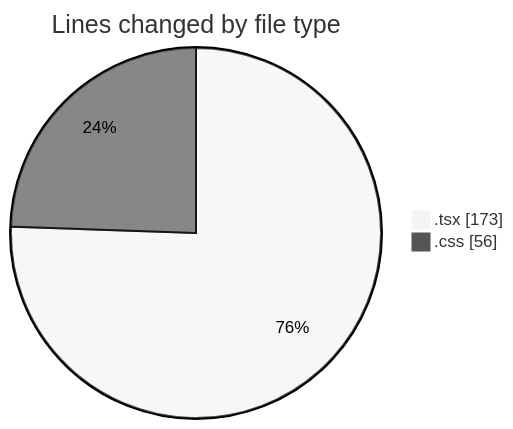
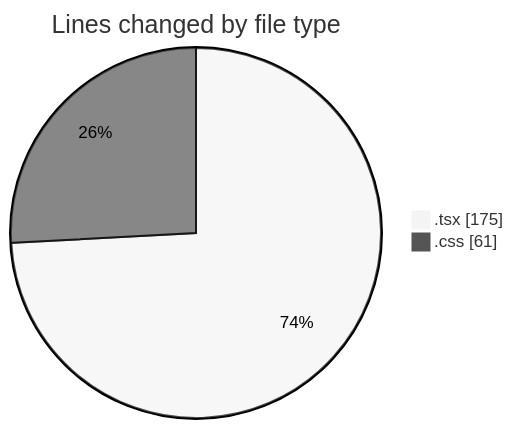
One commit to EIIisD/code-tracking changed the first of 2 diagrams in 2025-08-04/tw-server/README.md. Above: the diagram before and after it, drawn with Mermaid (neutral theme). The commit also changed other lines of this file and 1 other file, not shown here.

````diff
--- a/2025-08-04/tw-server/README.md
+++ b/2025-08-04/tw-server/README.md
@@ -22,6 +22,6 @@
 ```mermaid
 pie showData
 title Lines changed by file type
-".tsx" : 173
-".css" : 56
+".tsx" : 175
+".css" : 61
 ```
````
